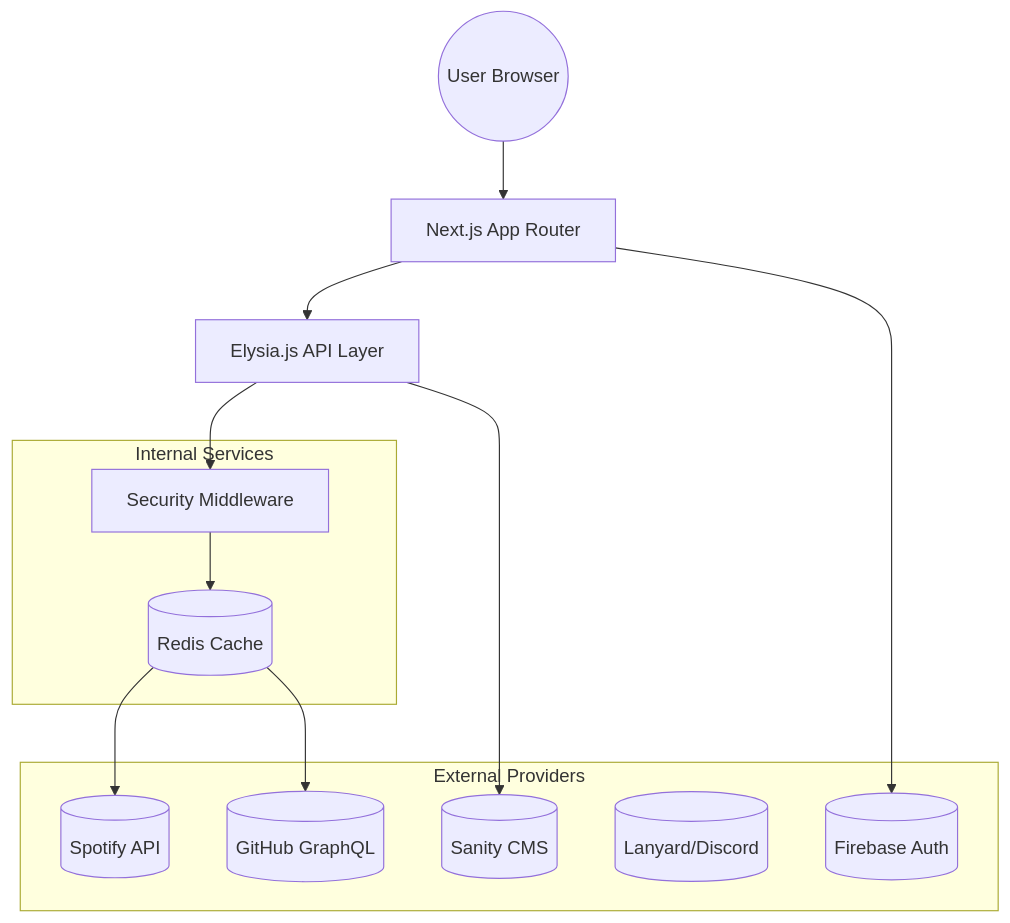
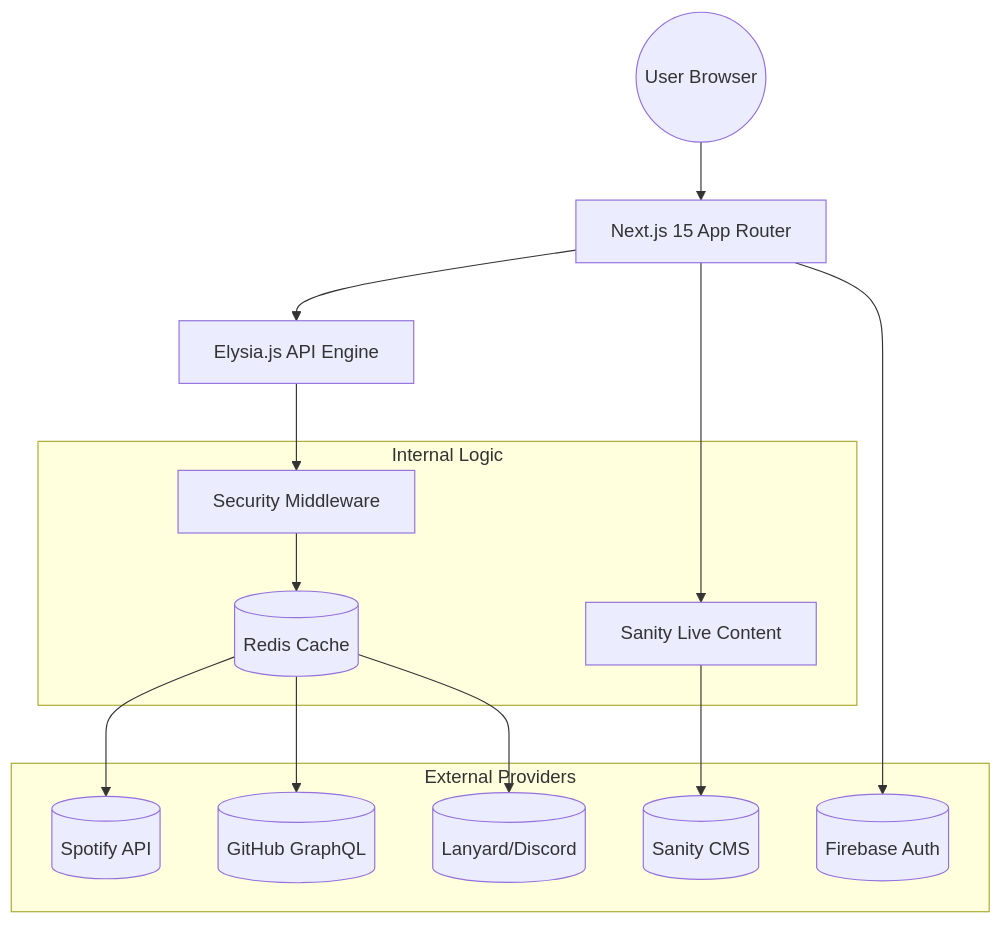
One commit to WomB0ComB0/portfolio changed the diagram in README.md. Above: the diagram before and after it, drawn with Mermaid. The commit also changed other lines of this file, not shown here.

````diff
--- a/README.md
+++ b/README.md
@@ -85,25 +88,28 @@
 ```mermaid
 graph TD
-    User((User Browser)) --> NextJS[Next.js App Router]
-    NextJS --> Elysia[Elysia.js API Layer]
+    User((User Browser)) --> NextJS[Next.js 15 App Router]
+    NextJS --> Elysia[Elysia.js API Engine]
     
     subgraph "External Providers"
         Spotify[(Spotify API)]
         GitHub[(GitHub GraphQL)]
         Sanity[(Sanity CMS)]
         Discord[(Lanyard/Discord)]
         Firebase[(Firebase Auth)]
     end
     
-    subgraph "Internal Services"
+    subgraph "Internal Logic"
         Redis[(Redis Cache)]
         Security[Security Middleware]
+        SanityClient[Sanity Live Content]
     end
     
     Elysia --> Security
     Security --> Redis
     Redis --> Spotify
     Redis --> GitHub
-    Elysia --> Sanity
+    Redis --> Discord
+    NextJS --> SanityClient
+    SanityClient --> Sanity
     NextJS --> Firebase
 ```
````
